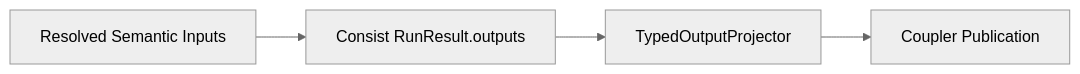
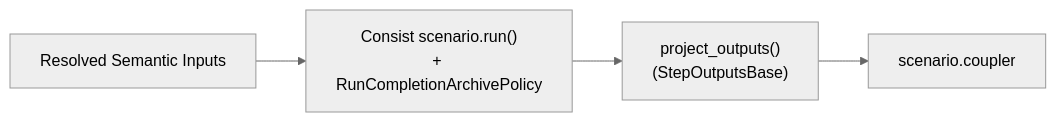
The diagram in docs/run/scenario_lifecycle.md (LBNL-UCB-STI/PILATES), drawn with Mermaid (neutral theme) before and after one commit. The commit also changed other lines of this file and 15 other files, not shown here.

````diff
--- a/docs/run/scenario_lifecycle.md
+++ b/docs/run/scenario_lifecycle.md
@@ -47,6 +53,6 @@
 ```mermaid
 flowchart LR
-    Inputs["Resolved Semantic Inputs"] -->Outputs["Consist RunResult.outputs"]
-    Outputs --> Projector["TypedOutputProjector"]
-    Projector --> Coupler["Coupler Publication"]
+    Inputs["Resolved Semantic Inputs"] --> Outputs["Consist scenario.run()\n+ RunCompletionArchivePolicy"]
+    Outputs --> Projector["project_outputs()\n(StepOutputsBase)"]
+    Projector --> Coupler["scenario.coupler"]
 ```
````
